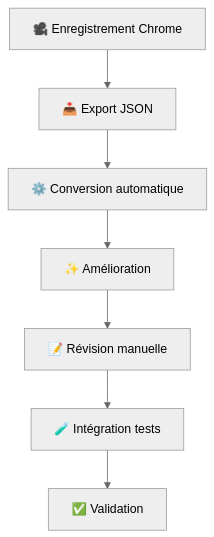
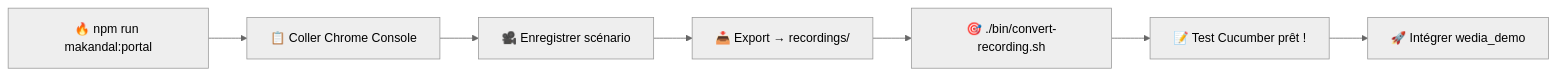
The diagram in README.md (K0d1Lu/Makandal), drawn with Mermaid (neutral theme) before and after one commit. The commit also changed other lines of this file and 7 other files, not shown here.

````diff
--- a/README.md
+++ b/README.md
@@ -84,9 +182,9 @@
 ```mermaid
-graph TD
-    A[🎥 Enregistrement Chrome] --> B[📥 Export JSON]
-    B --> C[⚙️ Conversion automatique]
-    C --> D[✨ Amélioration]
-    D --> E[📝 Révision manuelle]
-    E --> F[🧪 Intégration tests]
-    F --> G[✅ Validation]
+graph LR
+    A[🔥 npm run makandal:portal] --> B[📋 Coller Chrome Console]
+    B --> C[🎥 Enregistrer scénario]
+    C --> D[📥 Export → recordings/]
+    D --> E[🎯 ./bin/convert-recording.sh]
+    E --> F[📝 Test Cucumber prêt !]
+    F --> G[🚀 Intégrer wedia_demo]
 ```
````
